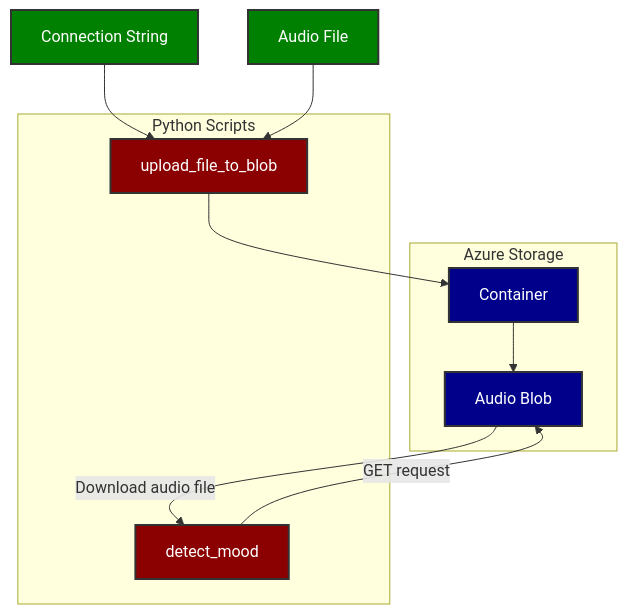
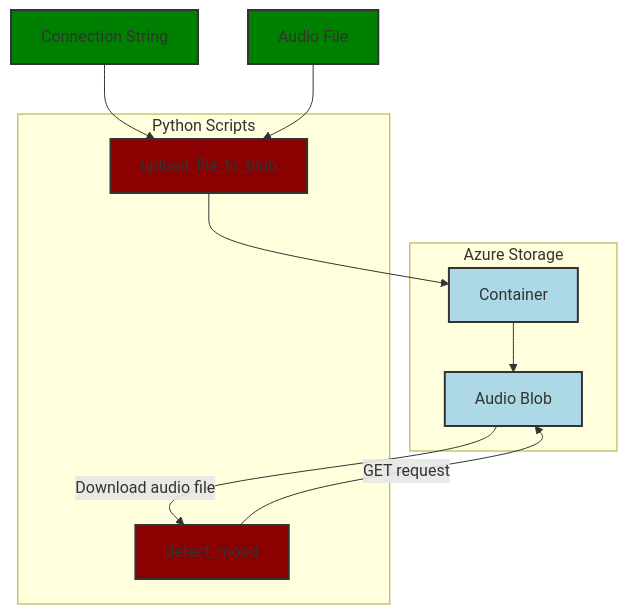
The diagram in README.md (devyansh/wavely), drawn with Mermaid before and after one commit.

Commit message:
color change

````diff
--- a/README.md
+++ b/README.md
@@ -24,22 +24,22 @@
 ```mermaid
 graph TD
     subgraph "Azure Storage"
         A[Container] --> B[Audio Blob]
     end
 
     subgraph "Python Scripts"
         C[upload_file_to_blob] --> A
         B --> |Download audio file| D[detect_mood]
     end
 
     E[Connection String] --> C
     F[Audio File] --> C
     D --> |GET request|B
 
-    style A fill:#00008b, stroke:#333, stroke-width:2px, color:#FFFFFF;
-    style B fill:#00008b, stroke:#333, stroke-width:2px, color:#FFFFFF;
-    style C fill:#8b0000, stroke:#333, stroke-width:2px, color:#FFFFFF;
-    style D fill:#8b0000, stroke:#333, stroke-width:2px, color:#FFFFFF;
-    style E fill:#008000, stroke:#333, stroke-width:2px, color:#FFFFFF;
-    style F fill:#008000, stroke:#333, stroke-width:2px, color:#FFFFFF;
+    style A fill:#ADD8E6, stroke:#333, stroke-width:2px;
+    style B fill:#ADD8E6, stroke:#333, stroke-width:2px;
+    style C fill:#8b0000, stroke:#333, stroke-width:2px;
+    style D fill:#8b0000, stroke:#333, stroke-width:2px;
+    style E fill:#008000, stroke:#333, stroke-width:2px;
+    style F fill:#008000, stroke:#333, stroke-width:2px;
 ```
````
